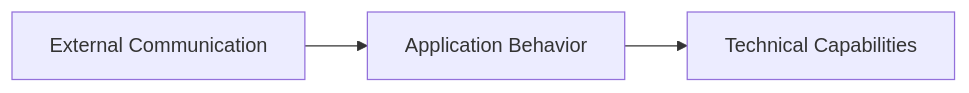
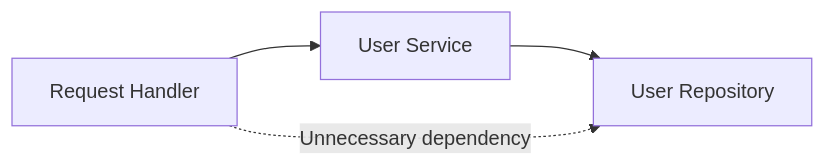
Diagram 13 of 13 in docs/en/software_architecture/architecture_fundamentals/1_level/1_level_architecture_fundamentals.md (Rokiis1/Teaching-Materia), drawn with Mermaid before and after one commit. The commit also changed other lines of this file and 1 other file, not shown here.

````diff
--- a/docs/en/software_architecture/architecture_fundamentals/1_level/1_level_architecture_fundamentals.md
+++ b/docs/en/software_architecture/architecture_fundamentals/1_level/1_level_architecture_fundamentals.md
@@ -111,5 +159,6 @@
 ```mermaid
 flowchart LR
-    A["External Communication"] --> B["Application Behavior"]
-    B --> C["Technical Capabilities"]
+    A["Request Handler"] --> B["User Service"]
+    B --> C["User Repository"]
+    A -. "Unnecessary dependency" .-> C
 ```
````
